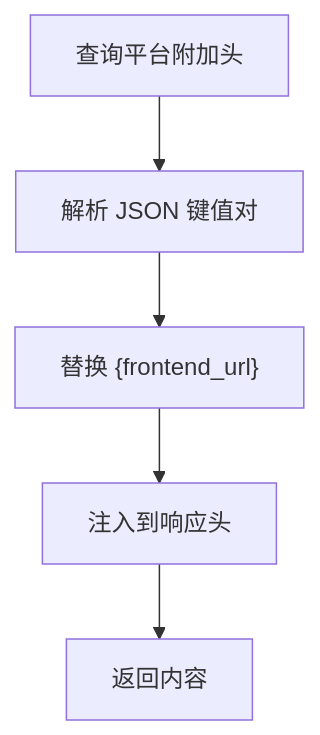
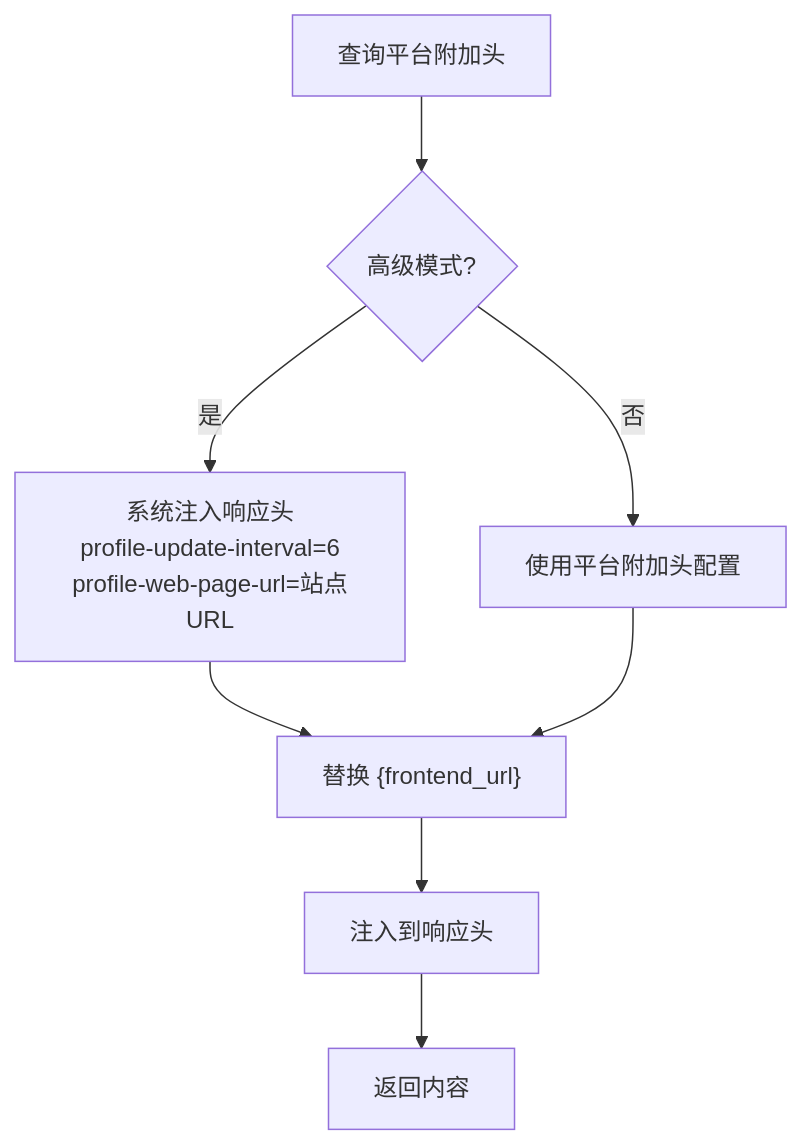
One commit to AlcaProphet/VPN-Subscription-Management changed the sixth of 7 diagrams in .qoder/repowiki/zh/content/核心功能模块/平台管理.md. Above: the diagram before and after it, drawn with Mermaid. The commit also changed other lines of this file and 4 other files, not shown here.

````diff
--- a/.qoder/repowiki/zh/content/核心功能模块/平台管理.md
+++ b/.qoder/repowiki/zh/content/核心功能模块/平台管理.md
@@ -305,7 +316,10 @@
 ```mermaid
 flowchart TD
-Q["查询平台附加头"] --> Parse["解析 JSON 键值对"]
-Parse --> Replace["替换 {frontend_url}"]
+Q["查询平台附加头"] --> Mode{"高级模式?"}
+Mode --> |是| SystemInject["系统注入响应头<br/>profile-update-interval=6<br/>profile-web-page-url=站点URL"]
+Mode --> |否| PlatformHeaders["使用平台附加头配置"]
+SystemInject --> Replace["替换 {frontend_url}"]
+PlatformHeaders --> Replace
 Replace --> Inject["注入到响应头"]
 Inject --> Return["返回内容"]
 ```
````
